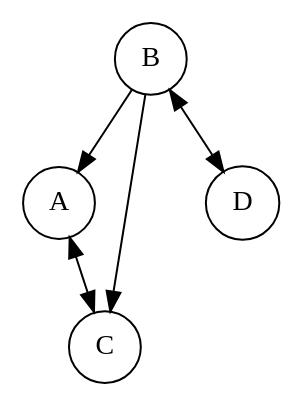
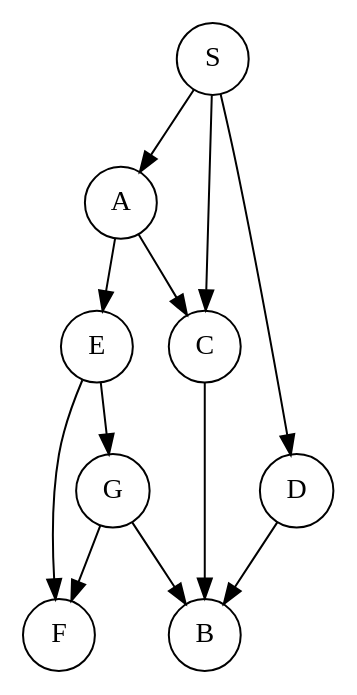
The diagram in Graph/Figures/Graph.dot (Time-Coder/Data_Structure), drawn with Graphviz before and after one commit. The commit also changed 23 other files, not shown here.

```diff
--- a/Graph/Figures/Graph.dot
+++ b/Graph/Figures/Graph.dot
@@ -1,12 +1,23 @@
 digraph
 {
-	1->0;
-	0->2[dir="both"];
-	1->2;
-	1->3[dir="both"];
+	0->1;
+	0->3;
+	0->4;
+	1->3;
+	1->5;
+	3->2;
+	4->2;
+	7->2;
+	5->6;
+	5->7;
+	7->6;
 
-	0[shape="circle",label="A"];
-	1[shape="circle",label="B"];
-	2[shape="circle",label="C"];
-	3[shape="circle",label="D"];
+	0[shape="circle",label="S"];
+	1[shape="circle",label="A"];
+	2[shape="circle",label="B"];
+	3[shape="circle",label="C"];
+	4[shape="circle",label="D"];
+	5[shape="circle",label="E"];
+	6[shape="circle",label="F"];
+	7[shape="circle",label="G"];
 }
```
